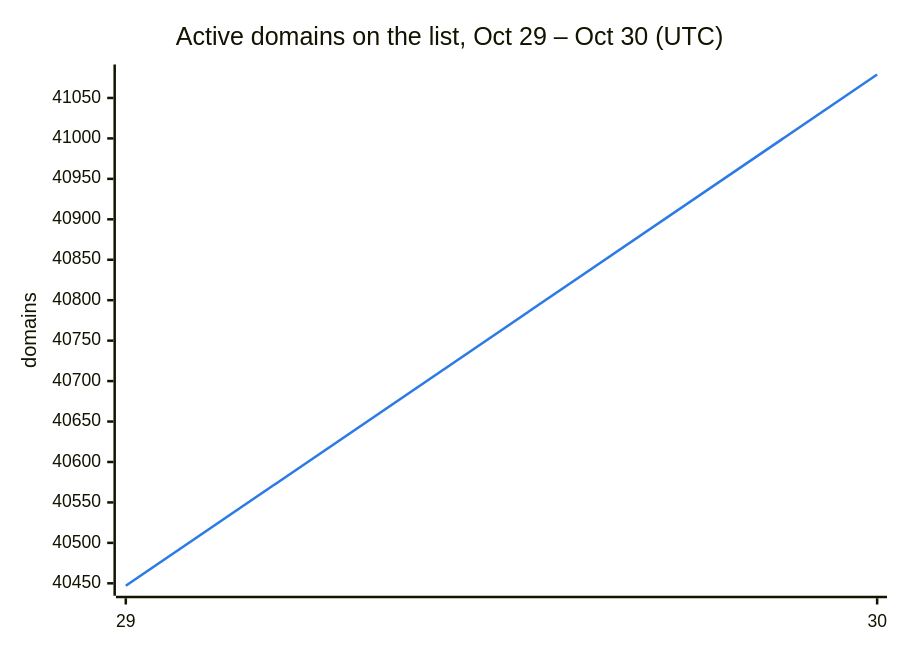
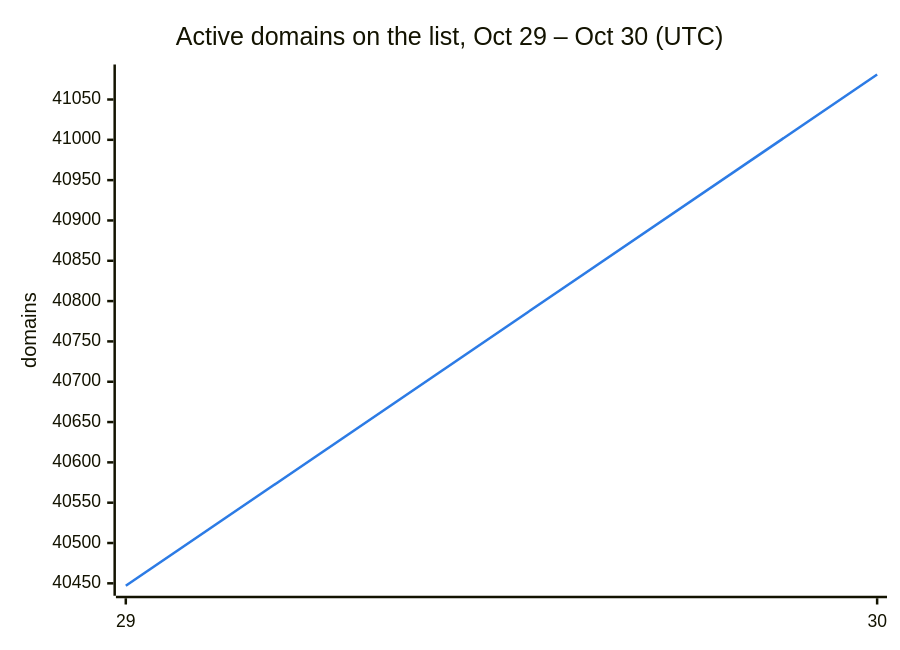
Before and after one commit to DNSBunker/CTI: the second of 3 diagrams in README.md, drawn with Mermaid. The commit also changed other lines of this file and 3 other files, not shown here.

````diff
--- a/README.md
+++ b/README.md
@@ -38,8 +38,8 @@
 ```mermaid
 %%{init: {"themeVariables": {"xyChart": {"plotColorPalette": "#2c7be5"}}}}%%
 xychart-beta
     title "Active domains on the list, Oct 29 – Oct 30 (UTC)"
     x-axis ["29", "30"]
     y-axis "domains"
-    line [40447, 41079]
+    line [40447, 41081]
 ```
````
